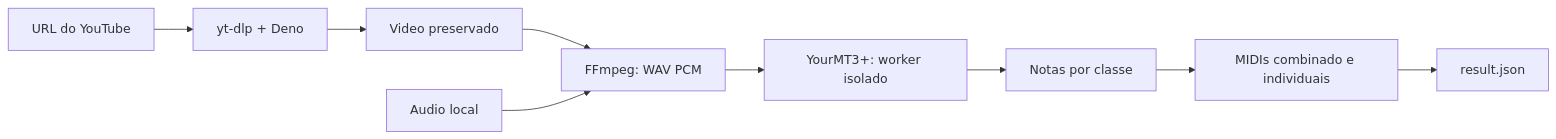
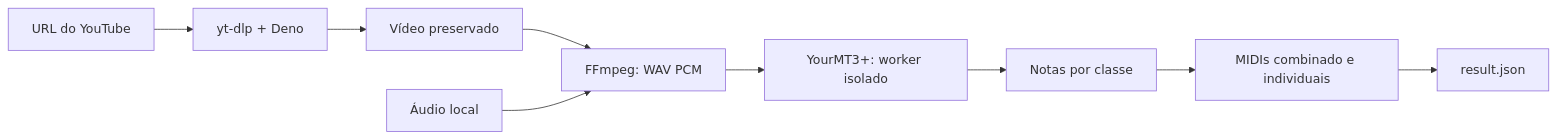
One commit to fernandosola/202611_fpo_ytmidi changed the diagram in README.md. Above: the diagram before and after it, drawn with Mermaid. The commit also changed other lines of this file and 6 other files, not shown here.

````diff
--- a/README.md
+++ b/README.md
@@ -43,11 +44,11 @@
 ```mermaid
 flowchart LR
     URL["URL do YouTube"] --> Download["yt-dlp + Deno"]
-    Download --> Video["Video preservado"]
+    Download --> Video["Vídeo preservado"]
     Video --> Audio["FFmpeg: WAV PCM"]
-    Local["Audio local"] --> Audio
+    Local["Áudio local"] --> Audio
     Audio --> Worker["YourMT3+: worker isolado"]
     Worker --> Tracks["Notas por classe"]
     Tracks --> MIDI["MIDIs combinado e individuais"]
     MIDI --> Report["result.json"]
 ```
````
